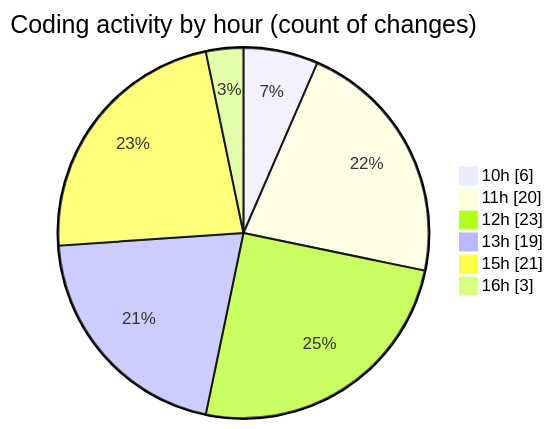
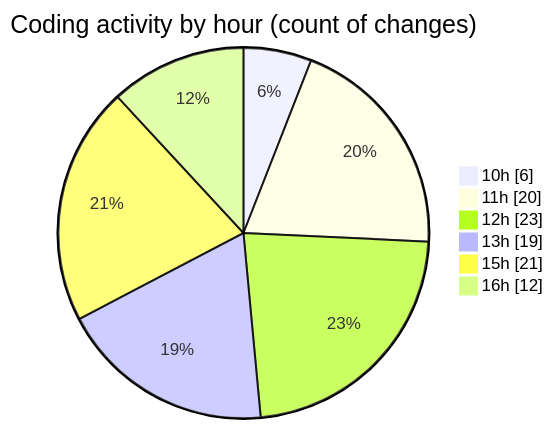
Before and after one commit to nxtqubesakshisongat/code-tracking: the second of 2 diagrams in 2025-05-05/nxtqube_webapp/README.md, drawn with Mermaid. The commit also changed other lines of this file and 1 other file, not shown here.

````diff
--- a/2025-05-05/nxtqube_webapp/README.md
+++ b/2025-05-05/nxtqube_webapp/README.md
@@ -32,10 +32,10 @@
 ```mermaid
 pie showData
 title Coding activity by hour (count of changes)
 "10h" : 6
 "11h" : 20
 "12h" : 23
 "13h" : 19
 "15h" : 21
-"16h" : 3
+"16h" : 12
 ```
````
